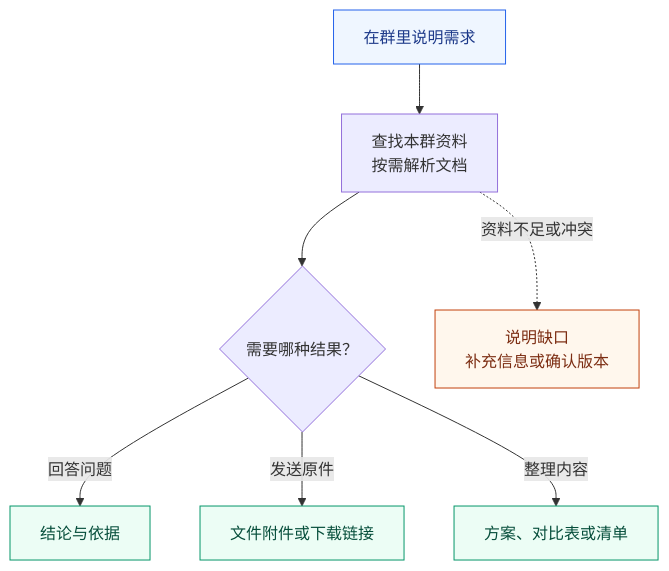
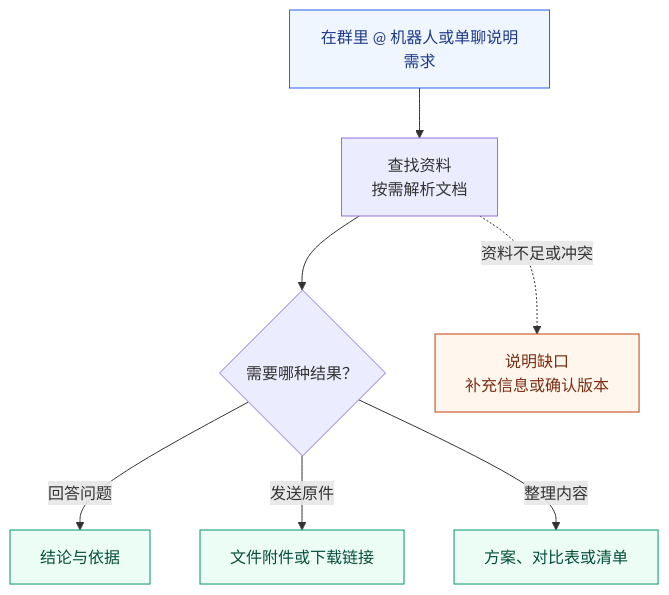
The first of 2 diagrams in docs/usage.md (jaykwok/mixin-chatbot), drawn with Mermaid before and after one commit. The commit also changed other lines of this file and 375 other files, not shown here.

````diff
--- a/docs/usage.md
+++ b/docs/usage.md
@@ -36,16 +49,16 @@
 ```mermaid
 flowchart TD
-  U["在群里说明需求"] --> S["查找本群资料<br/>按需解析文档"]
+  U["在群里 @ 机器人或单聊说明需求"] --> S["查找资料<br/>按需解析文档"]
   S --> D{"需要哪种结果？"}
   D -->|回答问题| A["结论与依据"]
   D -->|发送原件| F["文件附件或下载链接"]
   D -->|整理内容| G["方案、对比表或清单"]
   S -.->|资料不足或冲突| C["说明缺口<br/>补充信息或确认版本"]
 
   classDef input fill:#eff6ff,stroke:#2563eb,color:#1e3a8a
   classDef result fill:#ecfdf5,stroke:#059669,color:#064e3b
   classDef notice fill:#fff7ed,stroke:#c2410c,color:#7c2d12
   class U input
   class A,F,G result
   class C notice
 ```
````
